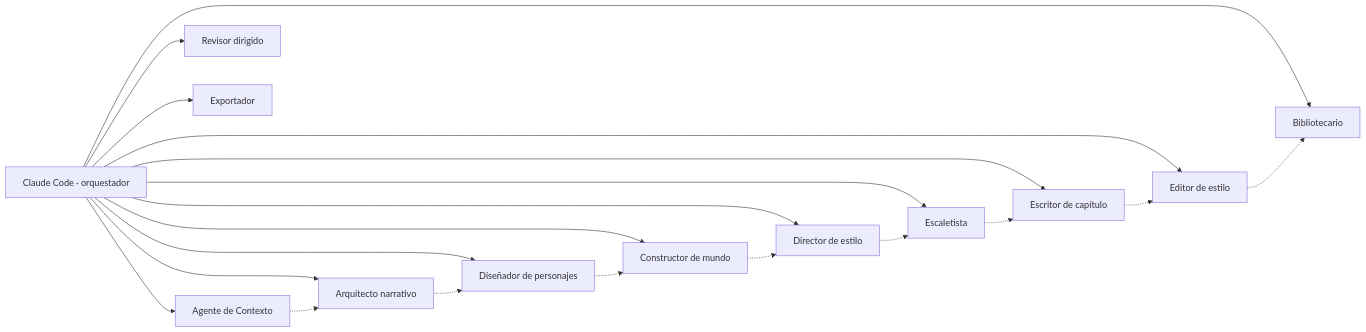
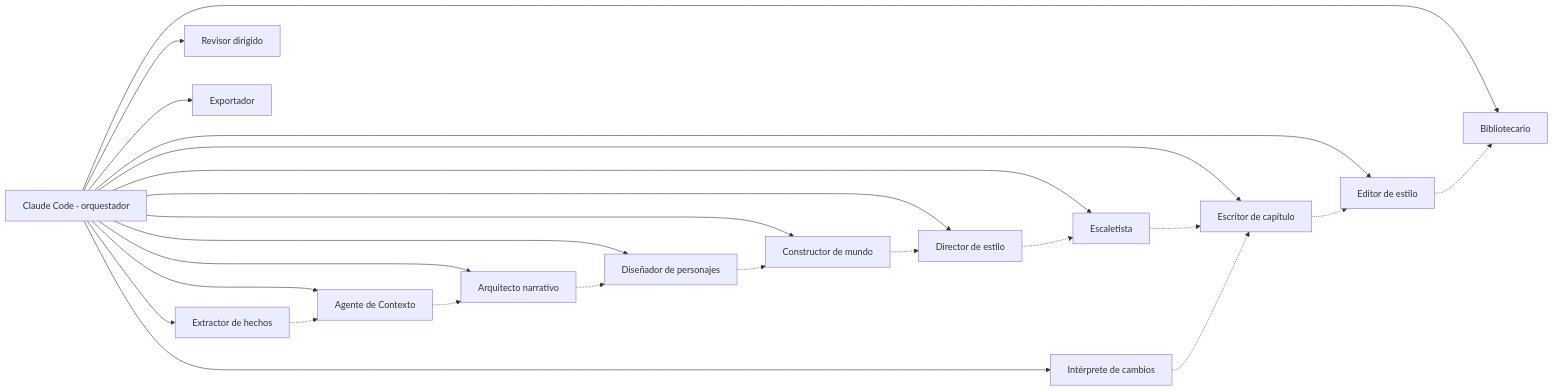
One commit to Asieribarz/my-story-marker changed the third of 10 diagrams in docs/architecture.md. Above: the diagram before and after it, drawn with Mermaid. The commit also changed other lines of this file and 6 other files, not shown here.

````diff
--- a/docs/architecture.md
+++ b/docs/architecture.md
@@ -89,23 +97,27 @@
 ```mermaid
 flowchart LR
   ORQ["Claude Code · orquestador"]
   ORQ --> CTX["Agente de Contexto"]
+  ORQ --> EXH["Extractor de hechos"]
   ORQ --> ARQ["Arquitecto narrativo"]
   ORQ --> PER["Diseñador de personajes"]
   ORQ --> MUN["Constructor de mundo"]
   ORQ --> EST["Director de estilo"]
   ORQ --> ESC["Escaletista"]
   ORQ --> WRI["Escritor de capítulo"]
   ORQ --> EDI["Editor de estilo"]
   ORQ --> BIB["Bibliotecario"]
   ORQ --> REV["Revisor dirigido"]
   ORQ --> EXP["Exportador"]
+  ORQ --> INT["Intérprete de cambios"]
+  EXH -.-> CTX
   CTX -.-> ARQ
   ARQ -.-> PER
   PER -.-> MUN
   MUN -.-> EST
   EST -.-> ESC
   ESC -.-> WRI
   WRI -.-> EDI
   EDI -.-> BIB
+  INT -.-> WRI
 ```
````
